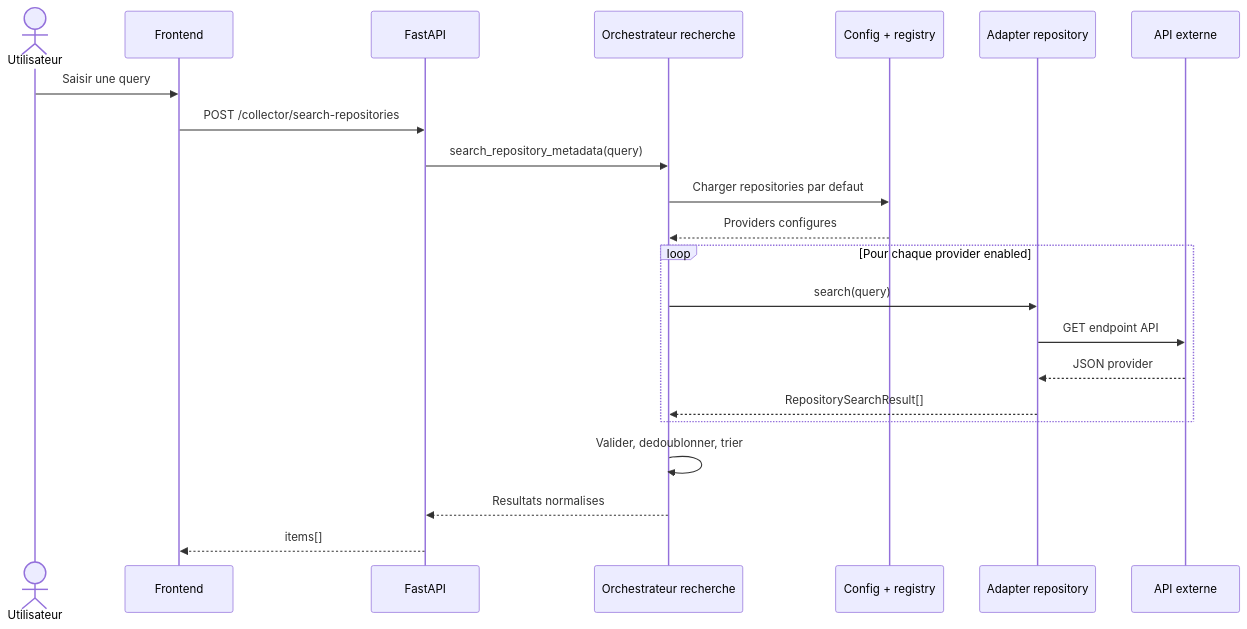
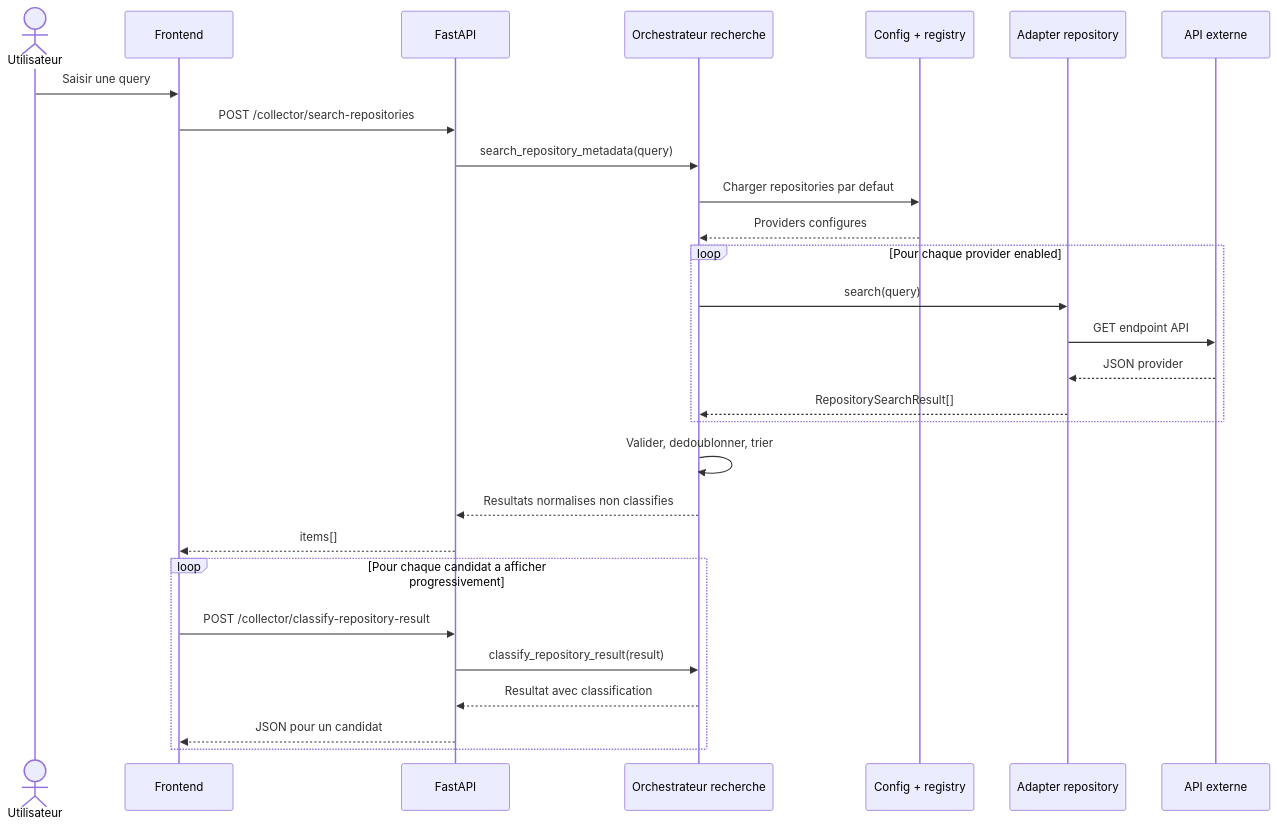
The seventh of 10 diagrams in docs/technical-design-document.md (nicolasberlin/global-health-dataset-catalog), drawn with Mermaid before and after one commit. The commit also changed other lines of this file and 19 other files, not shown here.

Commit message:
Add progressive repository relevance classification

````diff
--- a/docs/technical-design-document.md
+++ b/docs/technical-design-document.md
@@ -511,25 +513,31 @@
 ```mermaid
 sequenceDiagram
     actor User as Utilisateur
     participant UI as Frontend
     participant API as FastAPI
     participant Search as Orchestrateur recherche
     participant Registry as Config + registry
     participant Provider as Adapter repository
     participant External as API externe
 
     User->>UI: Saisir une query
     UI->>API: POST /collector/search-repositories
     API->>Search: search_repository_metadata(query)
     Search->>Registry: Charger repositories par defaut
     Registry-->>Search: Providers configures
     loop Pour chaque provider enabled
         Search->>Provider: search(query)
         Provider->>External: GET endpoint API
         External-->>Provider: JSON provider
         Provider-->>Search: RepositorySearchResult[]
     end
     Search->>Search: Valider, dedoublonner, trier
-    Search-->>API: Resultats normalises
+    Search-->>API: Resultats normalises non classifies
     API-->>UI: items[]
+    loop Pour chaque candidat a afficher progressivement
+        UI->>API: POST /collector/classify-repository-result
+        API->>Search: classify_repository_result(result)
+        Search-->>API: Resultat avec classification
+        API-->>UI: JSON pour un candidat
+    end
 ```
````
